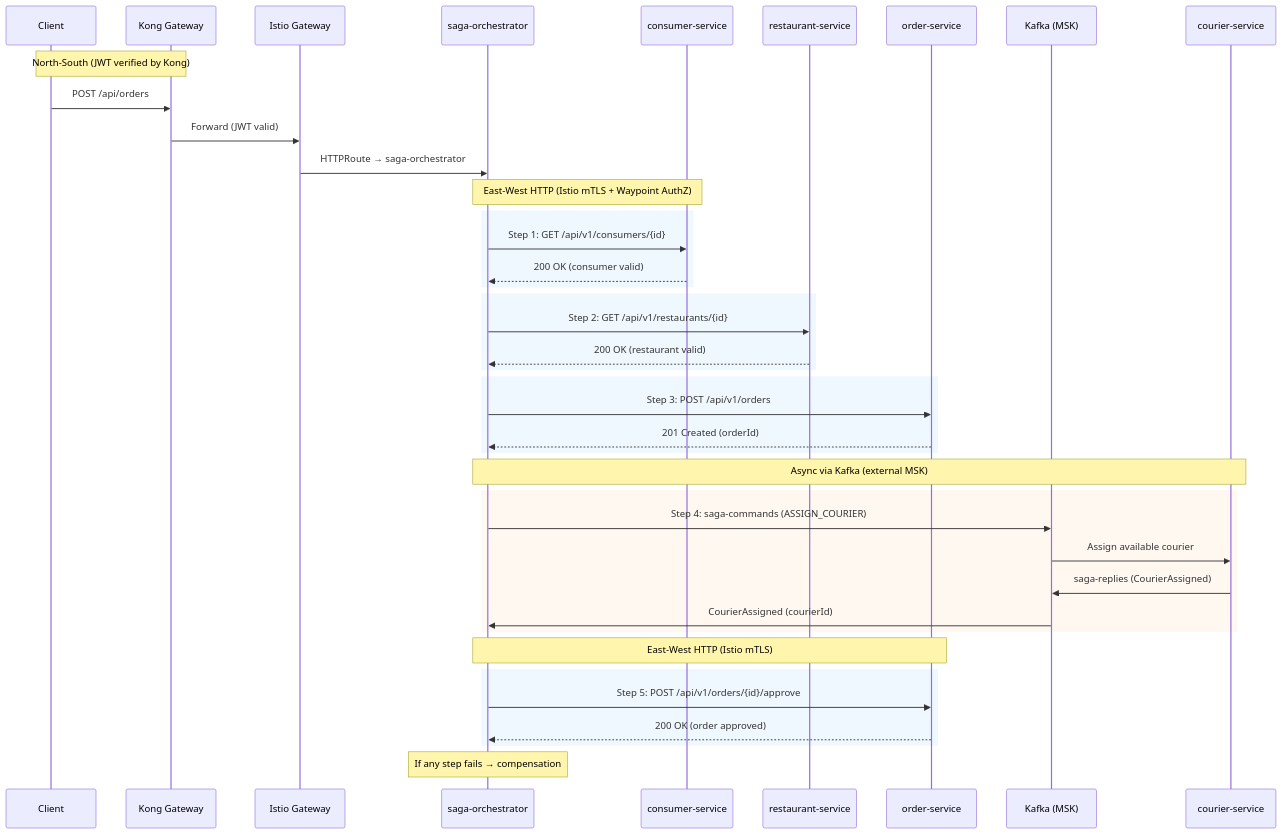
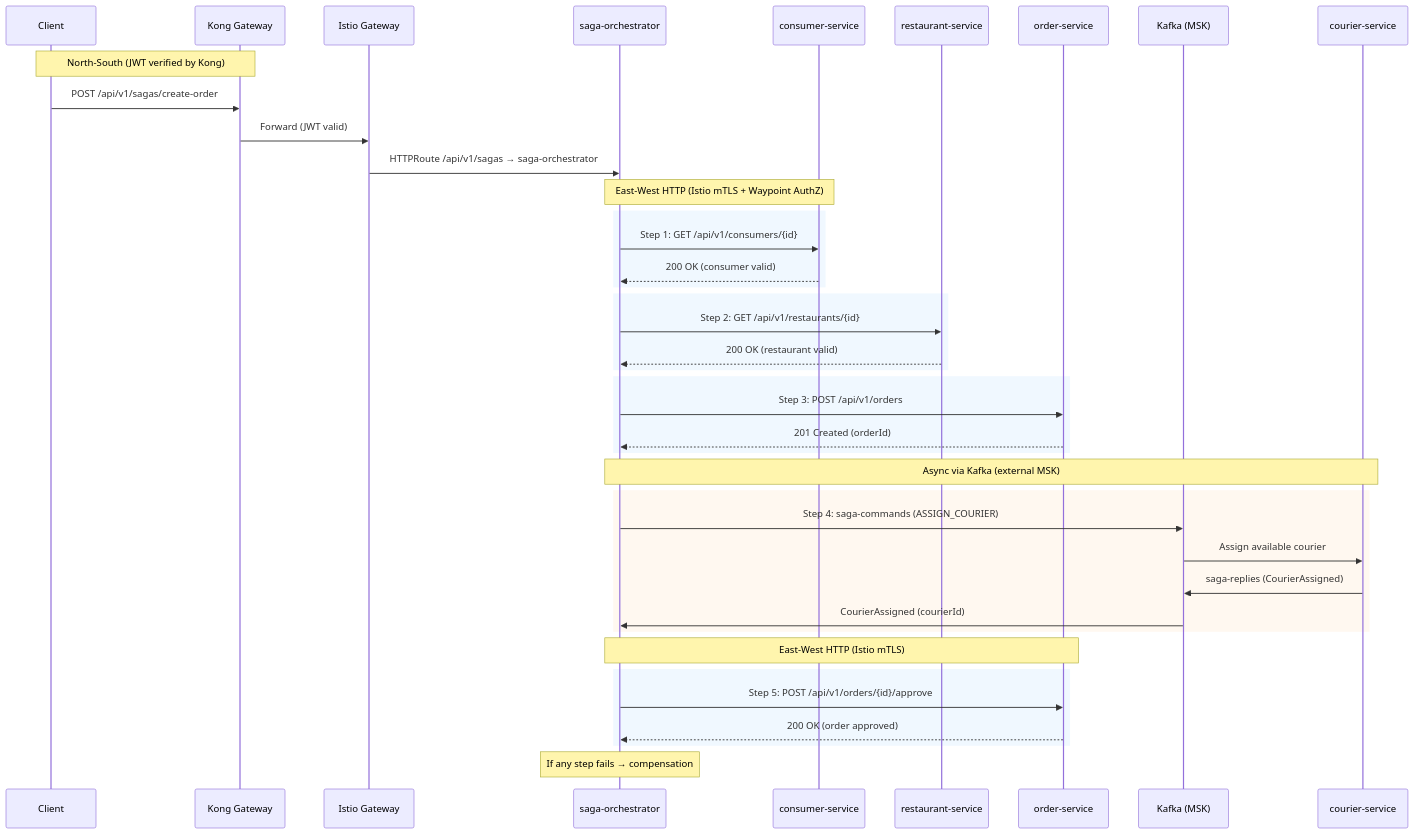
One commit to shanaka-versent/munchgo-aws-iac changed diagram 13 of 20 in README.md. Above: the diagram before and after it, drawn with Mermaid. The commit also changed other lines of this file, not shown here.

First line of the commit message:
Update README — fix API paths, add sagas route, reflect automation

````diff
--- a/README.md
+++ b/README.md
@@ -689,49 +691,49 @@
 ```mermaid
 sequenceDiagram
     participant C as Client
     participant Kong as Kong Gateway
     participant IG as Istio Gateway
     participant S as saga-orchestrator
     participant CS as consumer-service
     participant RS as restaurant-service
     participant O as order-service
     participant K as Kafka (MSK)
     participant CR as courier-service
 
     Note over C,Kong: North-South (JWT verified by Kong)
-    C->>Kong: POST /api/orders
+    C->>Kong: POST /api/v1/sagas/create-order
     Kong->>IG: Forward (JWT valid)
-    IG->>S: HTTPRoute → saga-orchestrator
+    IG->>S: HTTPRoute /api/v1/sagas → saga-orchestrator
 
     Note over S,CS: East-West HTTP (Istio mTLS + Waypoint AuthZ)
     rect rgb(240, 248, 255)
         S->>CS: Step 1: GET /api/v1/consumers/{id}
         CS-->>S: 200 OK (consumer valid)
     end
 
     rect rgb(240, 248, 255)
         S->>RS: Step 2: GET /api/v1/restaurants/{id}
         RS-->>S: 200 OK (restaurant valid)
     end
 
     rect rgb(240, 248, 255)
         S->>O: Step 3: POST /api/v1/orders
         O-->>S: 201 Created (orderId)
     end
 
     Note over S,CR: Async via Kafka (external MSK)
     rect rgb(255, 248, 240)
         S->>K: Step 4: saga-commands (ASSIGN_COURIER)
         K->>CR: Assign available courier
         CR->>K: saga-replies (CourierAssigned)
         K->>S: CourierAssigned (courierId)
     end
 
     Note over S,O: East-West HTTP (Istio mTLS)
     rect rgb(240, 248, 255)
         S->>O: Step 5: POST /api/v1/orders/{id}/approve
         O-->>S: 200 OK (order approved)
     end
 
     Note over S,S: If any step fails → compensation
 ```
````
